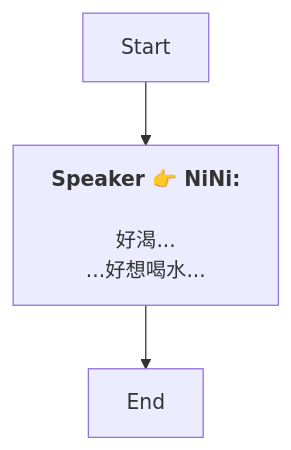
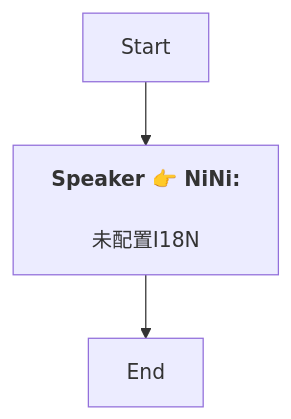
The diagram in Zh/AddDialogNode_1736073415478400.md (SoftHu/tos_avg), drawn with Mermaid before and after one commit. The commit also changed 730 other files, not shown here.

````diff
--- a/Zh/AddDialogNode_1736073415478400.md
+++ b/Zh/AddDialogNode_1736073415478400.md
@@ -1,8 +1,7 @@
 ```mermaid
 graph
 Start -->1738905237015706[<b>Speaker 👉 NiNi:</b>
-\n好渴...
-...好想喝水...]
+\n未配置I18N]
 1738905237015706 -->1738905233534105[End]
 
 ```
````
